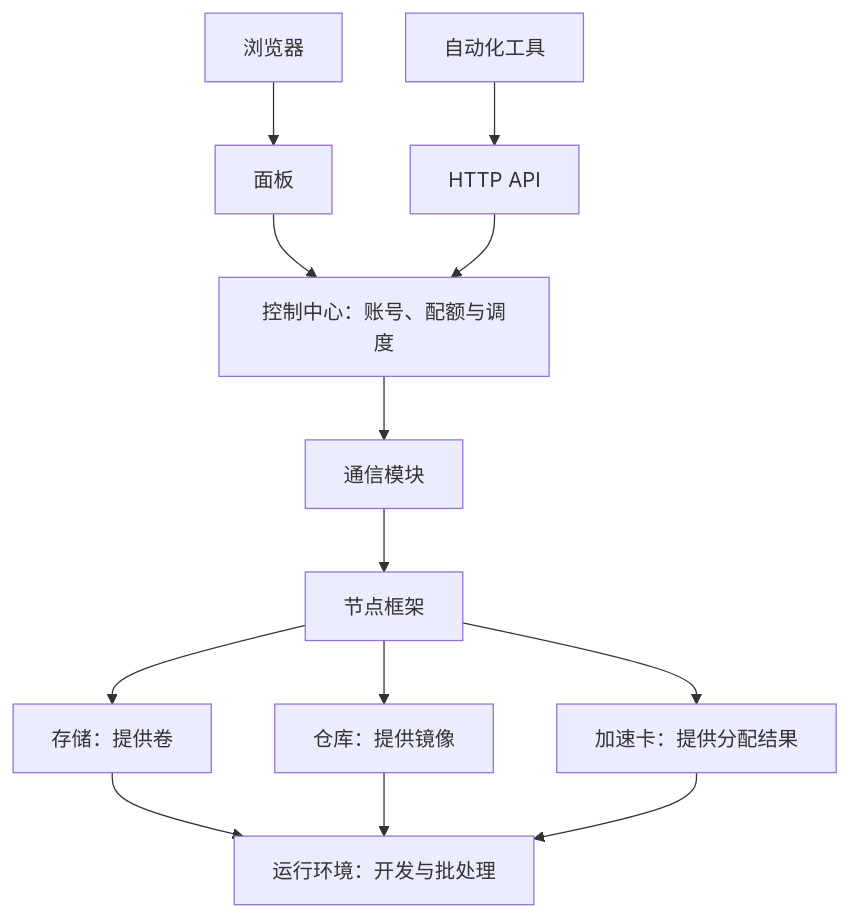
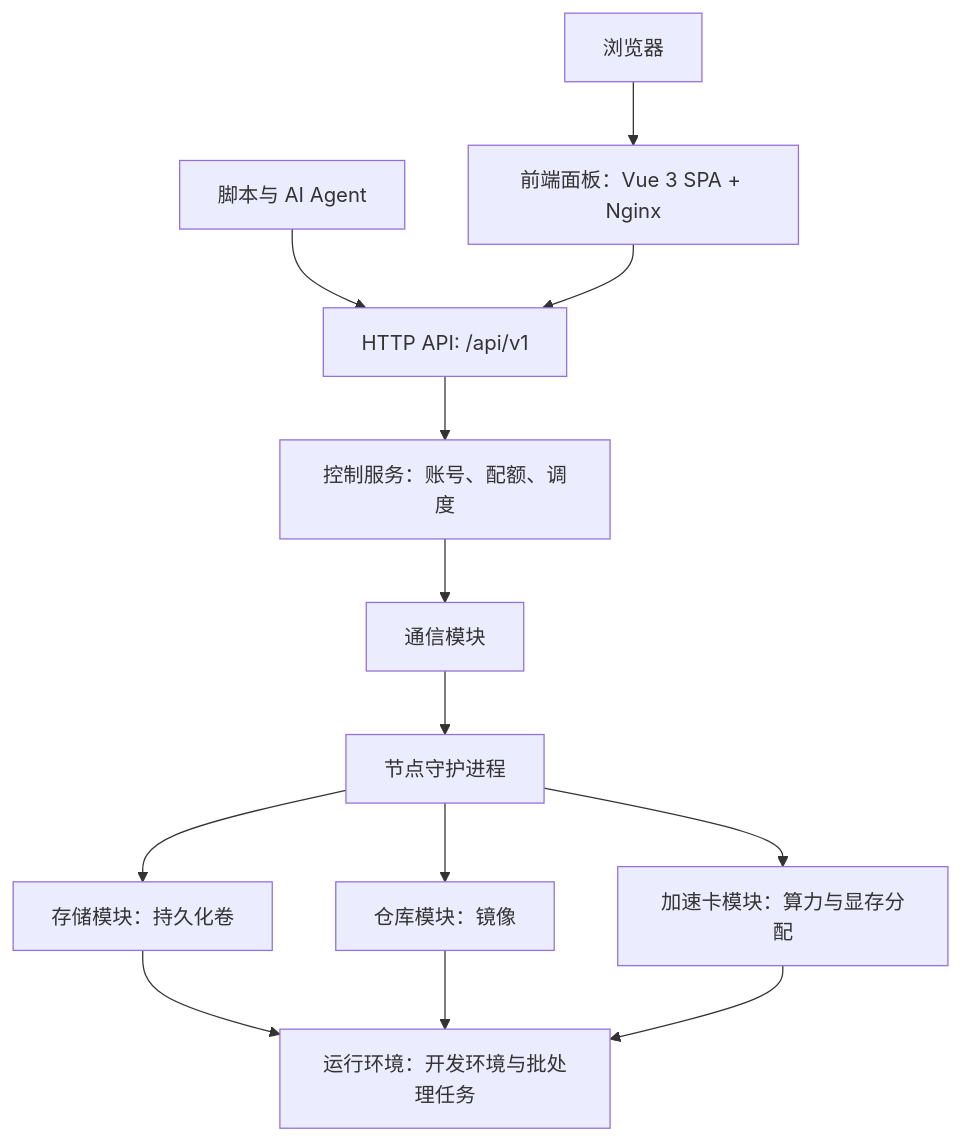
The diagram in docs/zh/architecture.md (Kndy666/gpu-platform), drawn with Mermaid before and after one commit. The commit also changed other lines of this file and 244 other files, not shown here.

First line of the commit message:
Move the panel to a standalone Vue 3 SPA

````diff
--- a/docs/zh/architecture.md
+++ b/docs/zh/architecture.md
@@ -7,15 +7,15 @@
 ```mermaid
 flowchart TB
-    Browser[浏览器] --> Panel[面板]
-    Automation[自动化工具] --> API[HTTP API]
-    Panel --> Control[控制中心：账号、配额与调度]
-    API --> Control
+    Browser[浏览器] --> Panel[前端面板：Vue 3 SPA + Nginx]
+    Automation[脚本与 AI Agent] --> API[HTTP API: /api/v1]
+    Panel --> API
+    API --> Control[控制服务：账号、配额、调度]
     Control --> Transport[通信模块]
-    Transport --> Node[节点框架]
-    Node --> Storage[存储：提供卷]
-    Node --> Registry[仓库：提供镜像]
-    Node --> GPU[加速卡：提供分配结果]
-    Storage --> Runtime[运行环境：开发与批处理]
+    Transport --> Node[节点守护进程]
+    Node --> Storage[存储模块：持久化卷]
+    Node --> Registry[仓库模块：镜像]
+    Node --> GPU[加速卡模块：算力与显存分配]
+    Storage --> Runtime[运行环境：开发环境与批处理任务]
     Registry --> Runtime
     GPU --> Runtime
 ```
````
